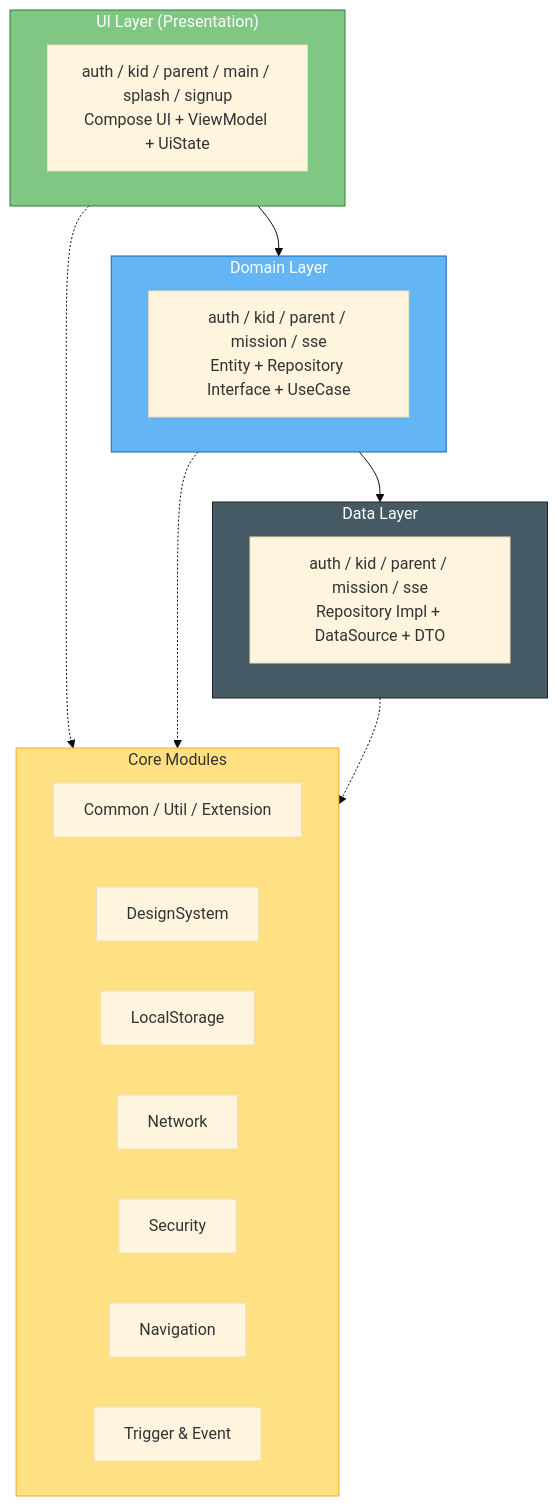
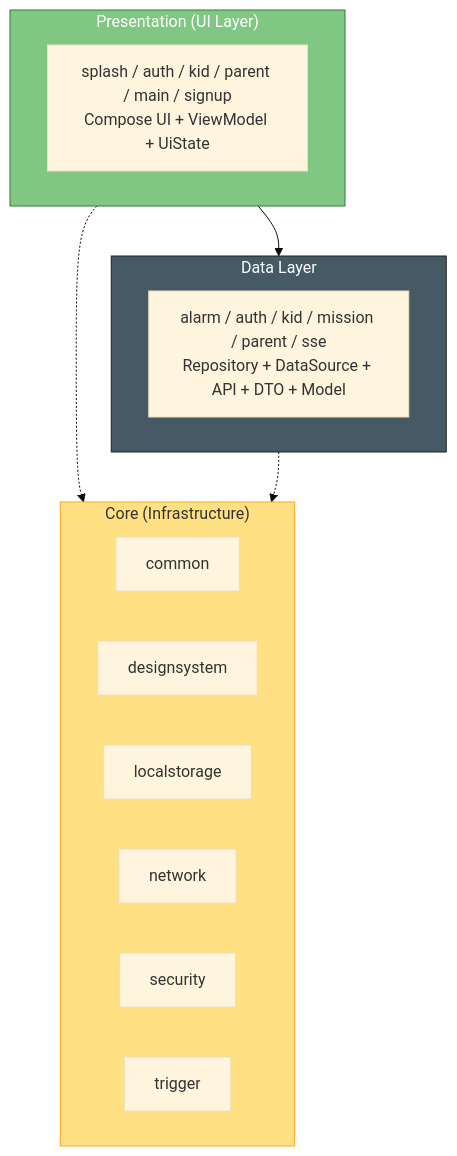
One commit to Team-Kiero/Kiero-Android changed the diagram in README.md. Above: the diagram before and after it, drawn with Mermaid (base theme). The commit also changed other lines of this file, not shown here.

Commit message:
doc/#75 : update README

````diff
--- a/README.md
+++ b/README.md
@@ -59,37 +59,32 @@
 ```mermaid
 graph TB
-    subgraph UI["UI Layer (Presentation)"]
-        P1[auth / kid / parent / main / splash / signup<br/>Compose UI + ViewModel + UiState]
-    end
-
-    subgraph Domain["Domain Layer"]
-        D1[auth / kid / parent / mission / sse<br/>Entity + Repository Interface + UseCase]
+    subgraph UI["Presentation (UI Layer)"]
+        P1[splash / auth / kid / parent / main / signup<br/>Compose UI + ViewModel + UiState]
     end
 
     subgraph Data["Data Layer"]
-        DA1[auth / kid / parent / mission / sse<br/>Repository Impl + DataSource + DTO]
+        DA1[alarm / auth / kid / mission / parent / sse<br/>Repository + DataSource + API + DTO + Model]
     end
 
-    subgraph Core["Core Modules"]
+    subgraph Core["Core (Infrastructure)"]
         direction LR
-        CC[Common / Util / Extension]
-        CD[DesignSystem]
-        CL[LocalStorage]
-        CN[Network]
-        CS[Security]
-        CNV[Navigation]
-        CT[Trigger & Event]
+        CC[common]
+        CD[designsystem]
+        CL[localstorage]
+        CN[network]
+        CS[security]
+        CT[trigger]
     end
 
-    UI --> Domain
-    Domain --> Data
+    %% 의존성 흐름
+    UI --> Data
     
+    %% Core에 대한 의존성
     UI -.-> Core
-    Domain -.-> Core
     Data -.-> Core
 
+    %% 스타일링
     style UI fill:#81C784,stroke:#2E7D32,color:#fff
-    style Domain fill:#64B5F6,stroke:#1565C0,color:#fff
     style Data fill:#455A64,stroke:#212121,color:#fff
     style Core fill:#FFE082,stroke:#F9A825,color:#333
 ```
````
